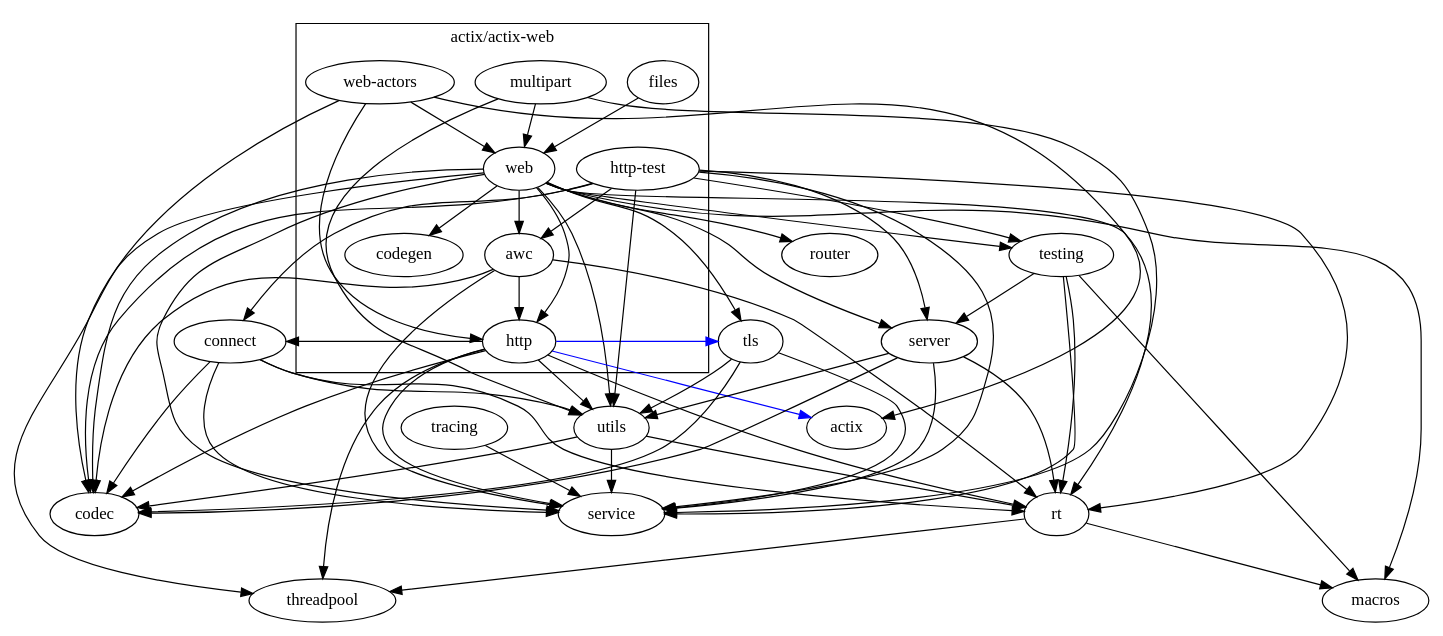
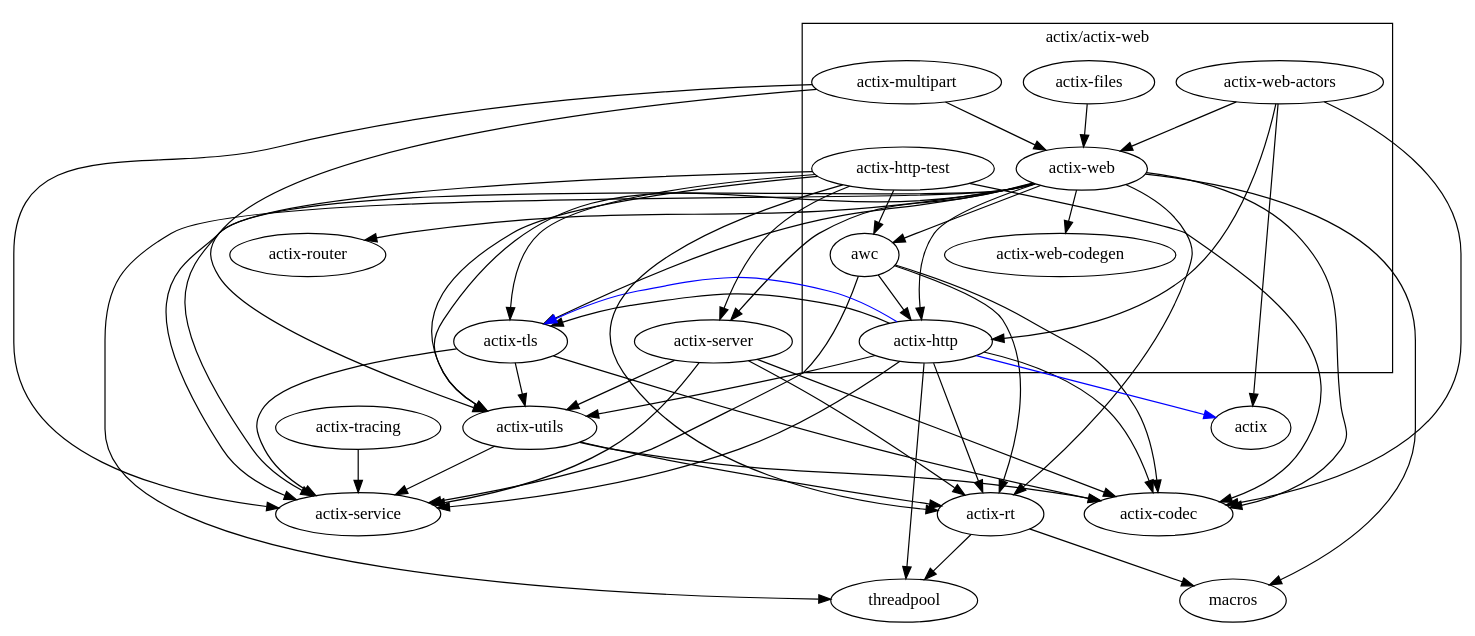
One commit to Cherry-Pooh/actix-web changed the diagram in docs/graphs/web-focus.dot. Above: the diagram before and after it, drawn with Graphviz. The commit also changed 1 other file, not shown here.

Commit message:
update dot dep graphs

```diff
--- a/docs/graphs/web-focus.dot
+++ b/docs/graphs/web-focus.dot
@@ -1,32 +1,30 @@
 digraph {
     subgraph cluster_web {
         label="actix/actix-web"
         "awc"
-        "web"
-        "files"
-        "http"
-        "multipart"
-        "web-actors"
-        "codegen"
-        "http-test"
+        "actix-web"
+        "actix-files"
+        "actix-http"
+        "actix-multipart"
+        "actix-web-actors"
+        "actix-web-codegen"
+        "actix-http-test"
     }
 
-    "web" -> { "codec" "service" "utils" "router" "rt" "server" "testing" "macros" "threadpool" "tls" "codegen" "http" "awc" }
-    "awc" -> { "codec" "service" "http" "rt" }
-    "web-actors" -> { "actix" "web" "http" "codec" }
-    "multipart" -> { "web" "service" "utils" }
-    "http" -> { "service" "codec" "connect" "utils" "rt" "threadpool" }
-    "http" -> { "actix" "tls" }[color=blue] // optional
-    "files" -> { "web" }
-    "http-test" -> { "service" "codec" "connect" "utils" "rt" "server" "testing" "awc" }
+    "actix-web" -> { "actix-codec" "actix-service" "actix-utils" "actix-router" "actix-rt" "actix-server" "macros" "threadpool" "actix-tls" "actix-web-codegen" "actix-http" "awc" }
+    "awc" -> { "actix-codec" "actix-service" "actix-http" "actix-rt" }
+    "actix-web-actors" -> { "actix" "actix-web" "actix-http" "actix-codec" }
+    "actix-multipart" -> { "actix-web" "actix-service" "actix-utils" }
+    "actix-http" -> { "actix-service" "actix-codec" "actix-tls" "actix-utils" "actix-rt" "threadpool" }
+    "actix-http" -> { "actix" "actix-tls" }[color=blue] // optional
+    "actix-files" -> { "actix-web" }
+    "actix-http-test" -> { "actix-service" "actix-codec" "actix-tls" "actix-utils" "actix-rt" "actix-server" "awc" }
 
     // net
 
-    "utils" -> { "service" "rt" "codec" }
-    "tracing" -> { "service" }
-    "tls" -> { "service" "codec" "utils" }
-    "testing" -> { "rt" "macros" "server" "service" }
-    "server" -> { "service" "rt" "codec" "utils" }
-    "rt" -> { "macros" "threadpool" }
-    "connect" -> { "service" "codec" "utils" "rt" }
+    "actix-utils" -> { "actix-service" "actix-rt" "actix-codec" }
+    "actix-tracing" -> { "actix-service" }
+    "actix-tls" -> { "actix-service" "actix-codec" "actix-utils" }
+    "actix-server" -> { "actix-service" "actix-rt" "actix-codec" "actix-utils" }
+    "actix-rt" -> { "macros" "threadpool" }
 }
```
